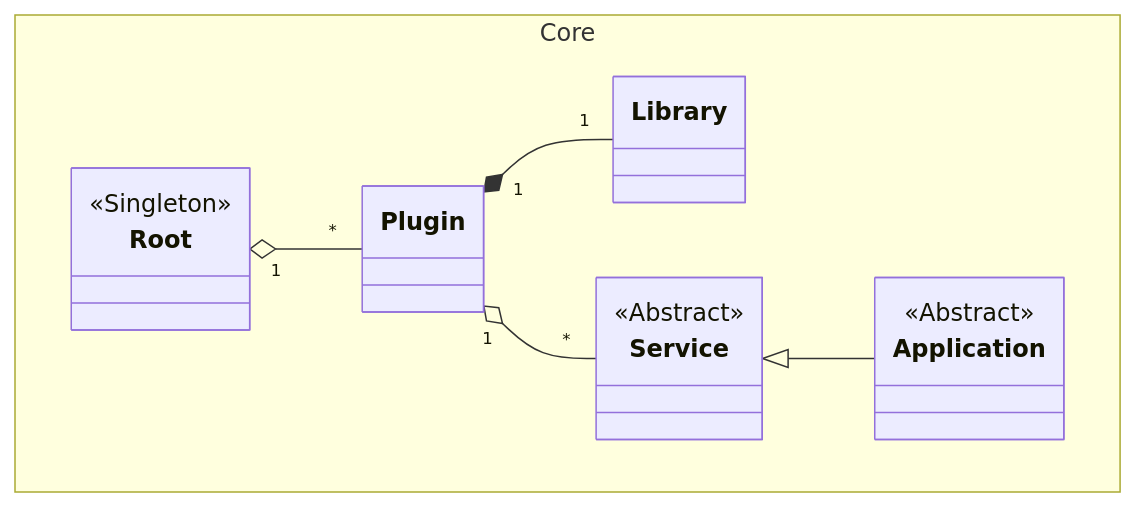
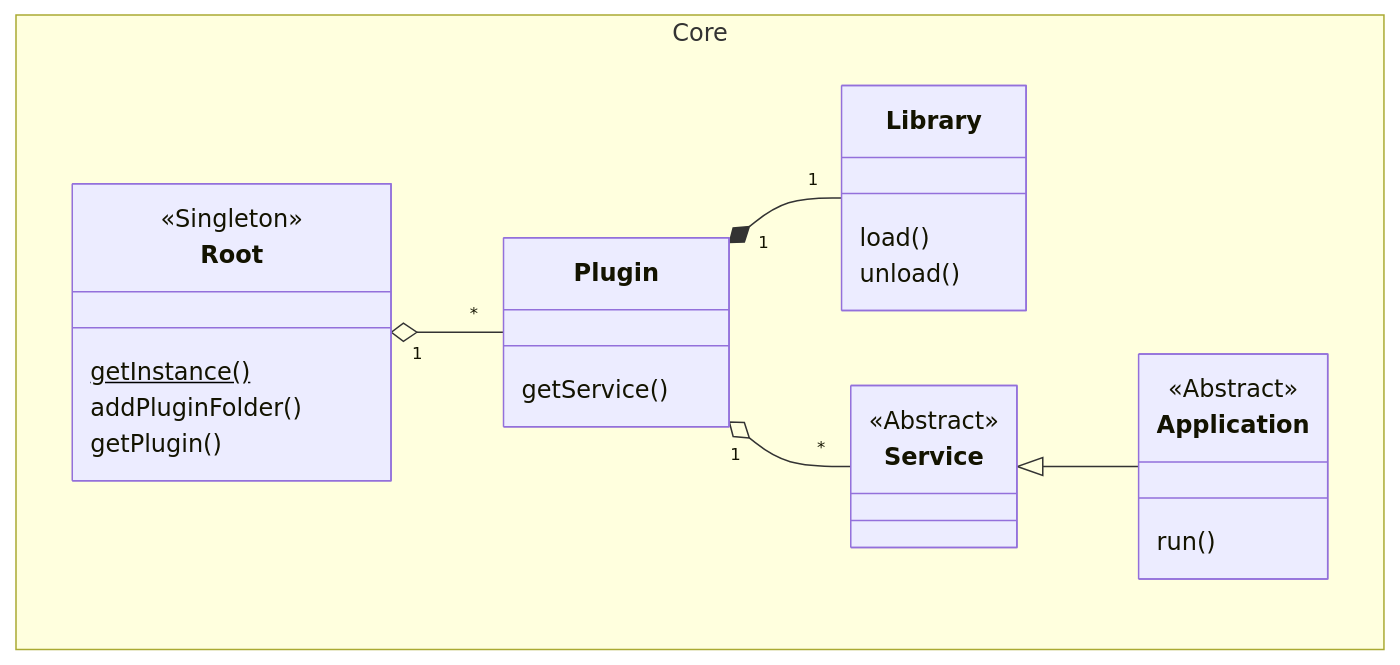
The diagram in README.md (ghackenberg/lightweight-cpp-plugin-framework), drawn with Mermaid before and after one commit.

Commit message:
improve class diagram

````diff
--- a/README.md
+++ b/README.md
@@ -9,28 +9,35 @@
 ```mermaid
 classDiagram
     namespace Core {
         class Root {
             <<Singleton>>
+            getInstance() $
+            addPluginFolder()
+            getPlugin()
         }
 
         class Plugin {
+            getService()
         }
 
         class Library {
+            load()
+            unload()
         }
 
         class Service {
             <<Abstract>>
         }
         
         class Application {
             <<Abstract>>
+            run()
         }
     }
 
     Root "1" o-- "*" Plugin
     Plugin "1" *-- "1" Library
     Plugin "1" o-- "*" Service
     
     Service <|-- Application
 ```
````
